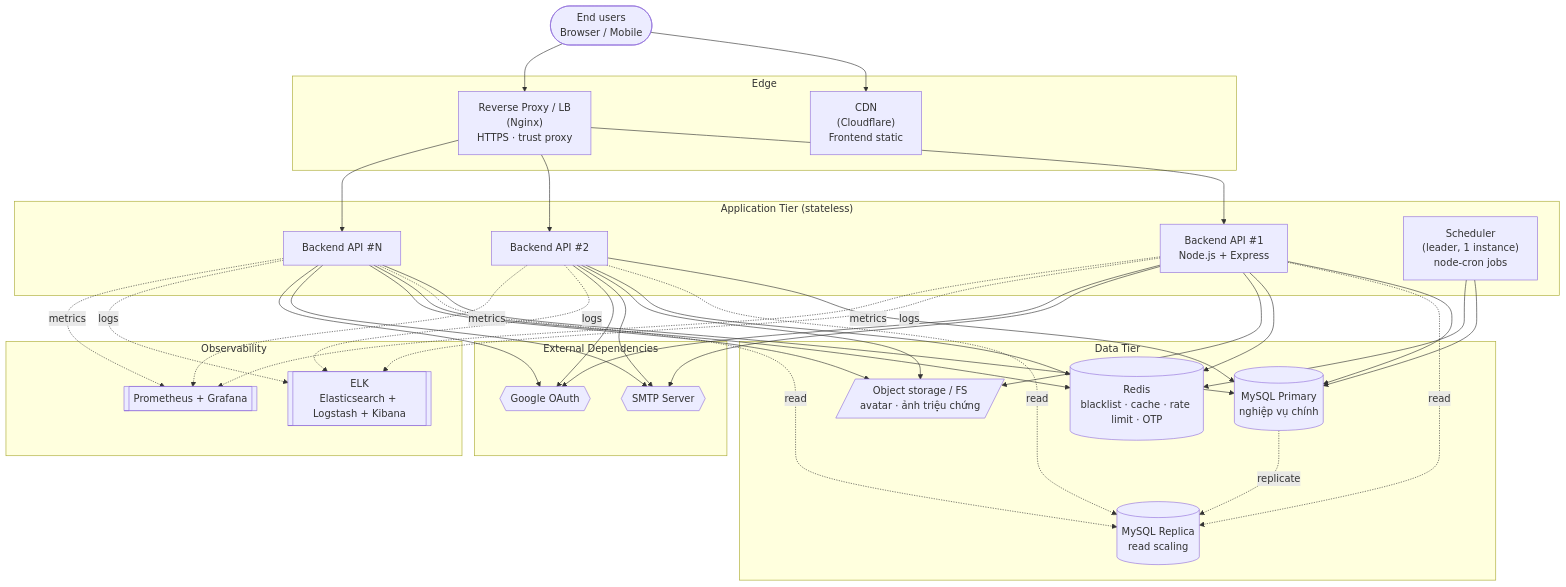
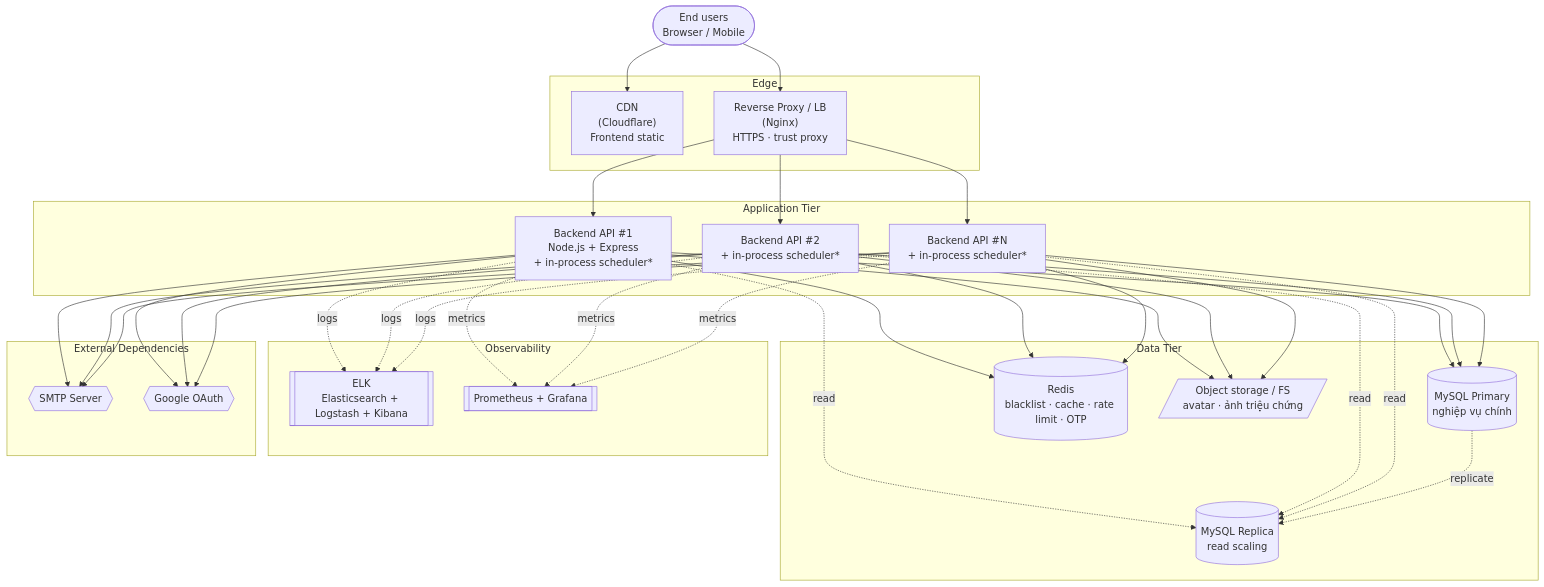
The eighth of 8 diagrams in Docs/SAD.md (MinhThienNguyen040905/SE356---He-thong-phong-kham), drawn with Mermaid before and after one commit. The commit also changed other lines of this file, not shown here.

````diff
--- a/Docs/SAD.md
+++ b/Docs/SAD.md
@@ -894,48 +904,45 @@
 ```mermaid
 graph TB
     Users(["End users<br/>Browser / Mobile"])
 
     subgraph Edge["Edge"]
         CDN["CDN<br/>(Cloudflare)<br/>Frontend static"]
         LB["Reverse Proxy / LB<br/>(Nginx)<br/>HTTPS · trust proxy"]
     end
 
-    subgraph AppTier["Application Tier (stateless)"]
-        API1["Backend API #1<br/>Node.js + Express"]
-        API2["Backend API #2"]
-        APIN["Backend API #N"]
-        SCH["Scheduler<br/>(leader, 1 instance)<br/>node-cron jobs"]
+    subgraph AppTier["Application Tier"]
+        API1["Backend API #1<br/>Node.js + Express<br/>+ in-process scheduler*"]
+        API2["Backend API #2<br/>+ in-process scheduler*"]
+        APIN["Backend API #N<br/>+ in-process scheduler*"]
     end
 
     subgraph DataTier["Data Tier"]
         MYSQLP[("MySQL Primary<br/>nghiệp vụ chính")]
         MYSQLR[("MySQL Replica<br/>read scaling")]
         REDIS[("Redis<br/>blacklist · cache · rate limit · OTP")]
         OBJ[/"Object storage / FS<br/>avatar · ảnh triệu chứng"/]
     end
 
     subgraph Observ["Observability"]
         LOG[["ELK<br/>Elasticsearch + Logstash + Kibana"]]
         MON[["Prometheus + Grafana"]]
     end
 
     subgraph Ext["External Dependencies"]
         SMTP{{SMTP Server}}
         GOA{{Google OAuth}}
     end
 
     Users --> CDN
     Users --> LB
     LB --> API1 & API2 & APIN
     API1 & API2 & APIN --> MYSQLP
     API1 & API2 & APIN -.read.-> MYSQLR
     MYSQLP -. replicate .-> MYSQLR
     API1 & API2 & APIN --> REDIS
     API1 & API2 & APIN --> OBJ
     API1 & API2 & APIN --> SMTP
     API1 & API2 & APIN --> GOA
-    SCH --> MYSQLP
-    SCH --> REDIS
     API1 & API2 & APIN -.logs.-> LOG
     API1 & API2 & APIN -.metrics.-> MON
 ```
````
